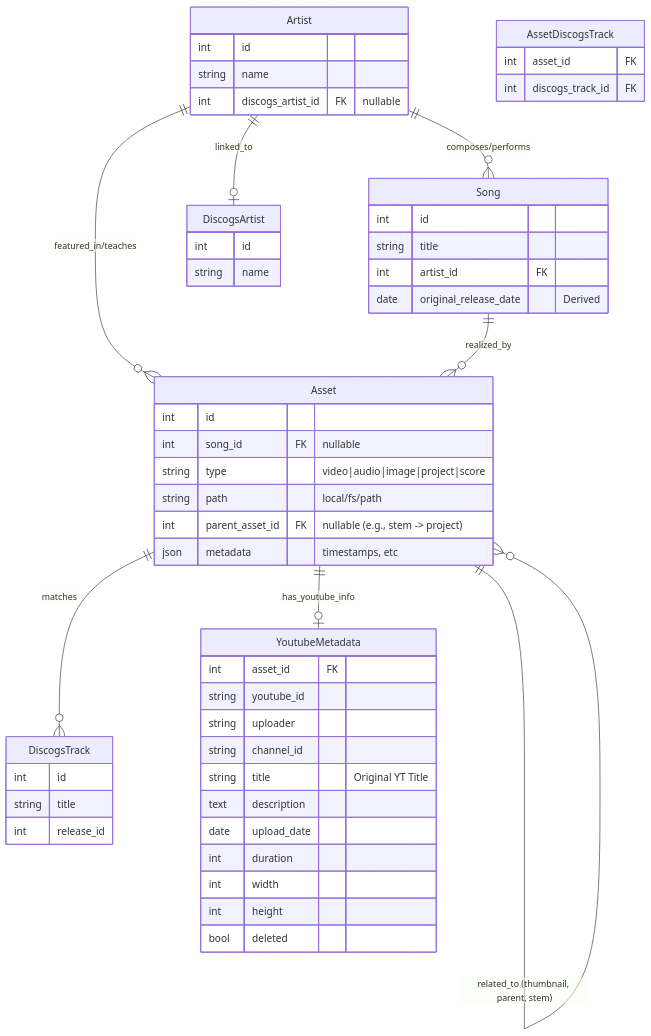
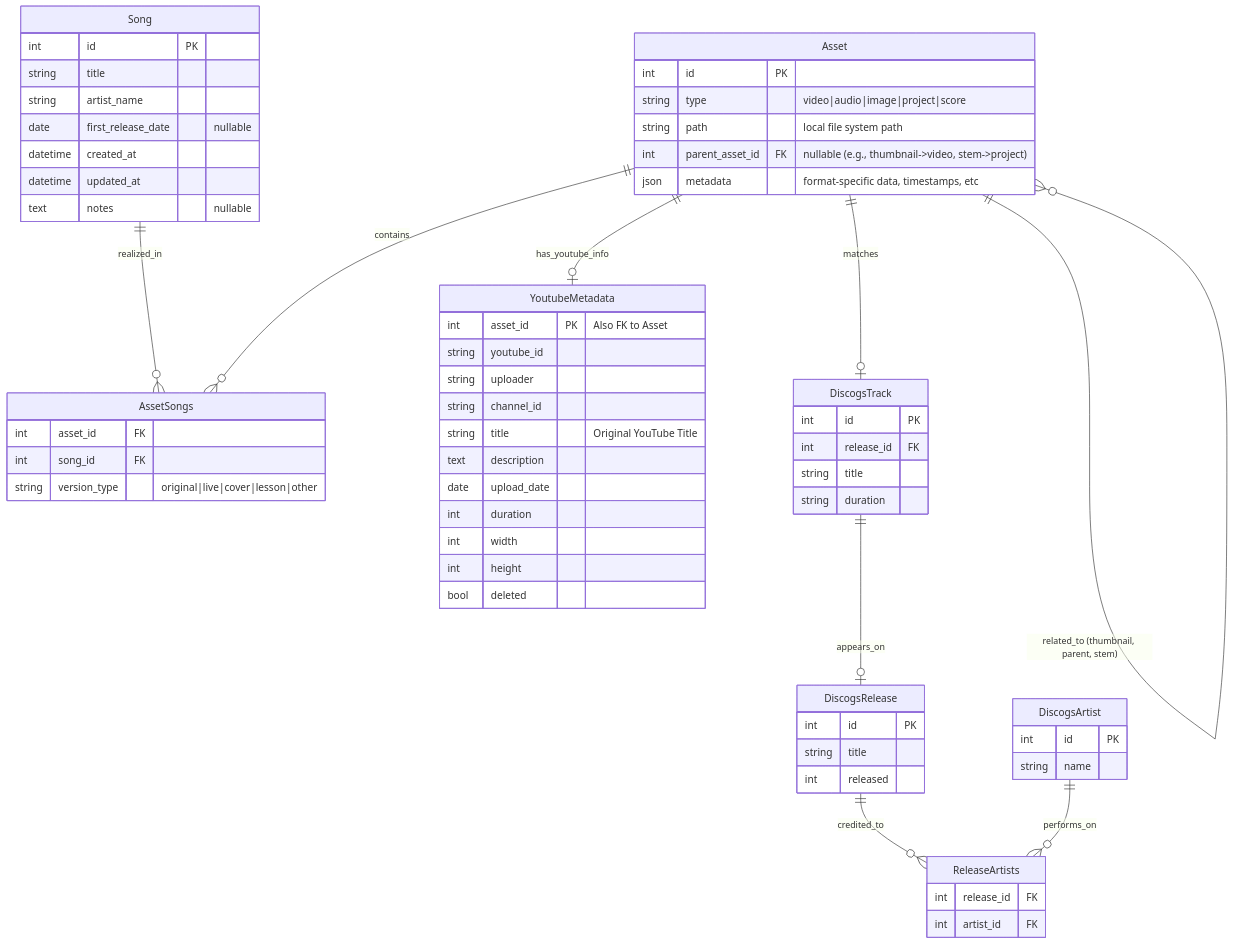
The second of 2 diagrams in tools/docs/project-plan.md (gotofritz/yarkie), drawn with Mermaid before and after one commit. The commit also changed other lines of this file, not shown here.

Commit message:
doc: add project-plan from main

````diff
--- a/tools/docs/project-plan.md
+++ b/tools/docs/project-plan.md
@@ -14,64 +91,74 @@
 ```mermaid
 erDiagram
-    Artist ||--o{ Song : "composes/performs"
-    Artist ||--o{ Asset : "featured_in/teaches"
-    Artist ||--o| DiscogsArtist : "linked_to"
+    Song ||--o{ AssetSongs : "realized_in"
+    Asset ||--o{ AssetSongs : "contains"
 
-    Song ||--o{ Asset : "realized_by"
-
-    Asset ||--o{ DiscogsTrack : "matches"
     Asset ||--o| YoutubeMetadata : "has_youtube_info"
     Asset ||--o{ Asset : "related_to (thumbnail, parent, stem)"
+    Asset ||--o| DiscogsTrack : "matches"
 
-    Artist {
-        int id
-        string name
-        int discogs_artist_id FK "nullable"
-    }
-
-    DiscogsArtist {
-        int id
-        string name
-    }
+    DiscogsTrack ||--o| DiscogsRelease : "appears_on"
+    DiscogsRelease ||--o{ ReleaseArtists : "credited_to"
+    DiscogsArtist ||--o{ ReleaseArtists : "performs_on"
 
     Song {
-        int id
+        int id PK
         string title
-        int artist_id FK
-        date original_release_date "Derived"
+        string artist_name
+        date first_release_date "nullable"
+        datetime created_at
+        datetime updated_at
+        text notes "nullable"
     }
 
     Asset {
-        int id
-        int song_id FK "nullable"
+        int id PK
         string type "video|audio|image|project|score"
-        string path "local/fs/path"
-        int parent_asset_id FK "nullable (e.g., stem -> project)"
-        json metadata "timestamps, etc"
+        string path "local file system path"
+        int parent_asset_id FK "nullable (e.g., thumbnail->video, stem->project)"
+        json metadata "format-specific data, timestamps, etc"
     }
 
-    DiscogsTrack {
-        int id
-        string title
-        int release_id
-    }
-
-    AssetDiscogsTrack {
+    AssetSongs {
         int asset_id FK
-        int discogs_track_id FK
+        int song_id FK
+        string version_type "original|live|cover|lesson|other"
     }
 
     YoutubeMetadata {
-        int asset_id FK
+        int asset_id PK "Also FK to Asset"
         string youtube_id
         string uploader
         string channel_id
-        string title "Original YT Title"
+        string title "Original YouTube Title"
         text description
         date upload_date
         int duration
         int width
         int height
         bool deleted
     }
+
+    DiscogsTrack {
+        int id PK
+        int release_id FK
+        string title
+        string duration
+    }
+
+    DiscogsRelease {
+        int id PK
+        string title
+        int released
+    }
+
+    ReleaseArtists {
+        int release_id FK
+        int artist_id FK
+    }
+
+    DiscogsArtist {
+        int id PK
+        string name
+    }
 ```
````
